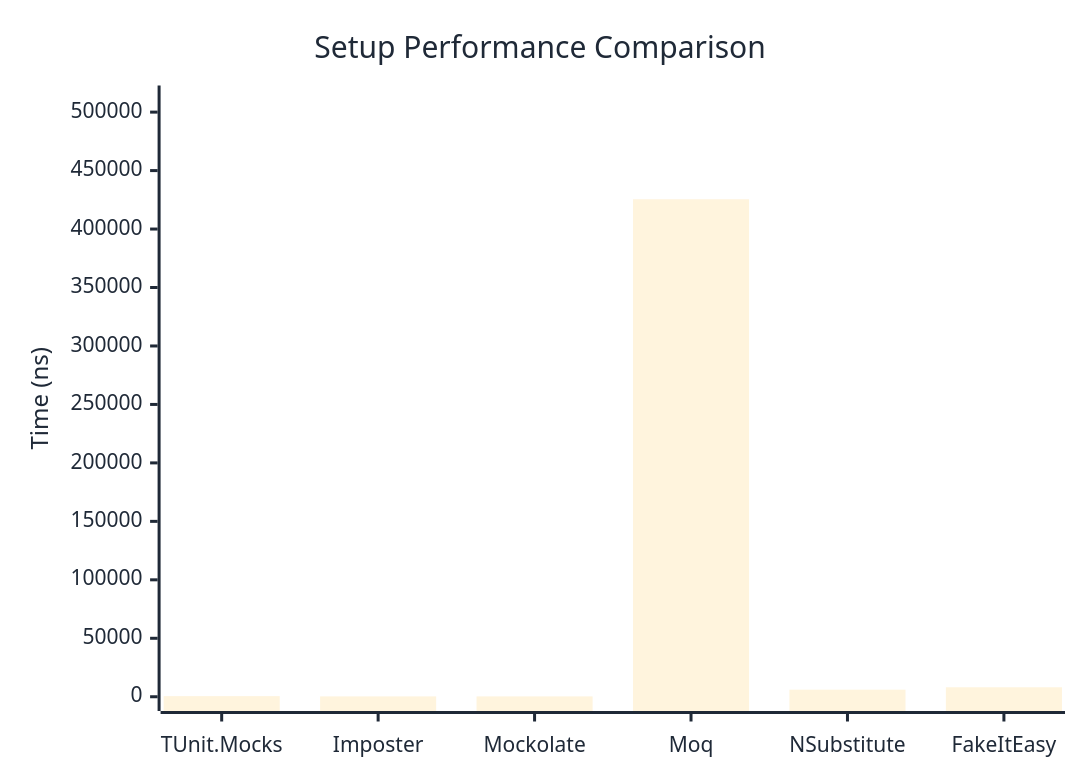
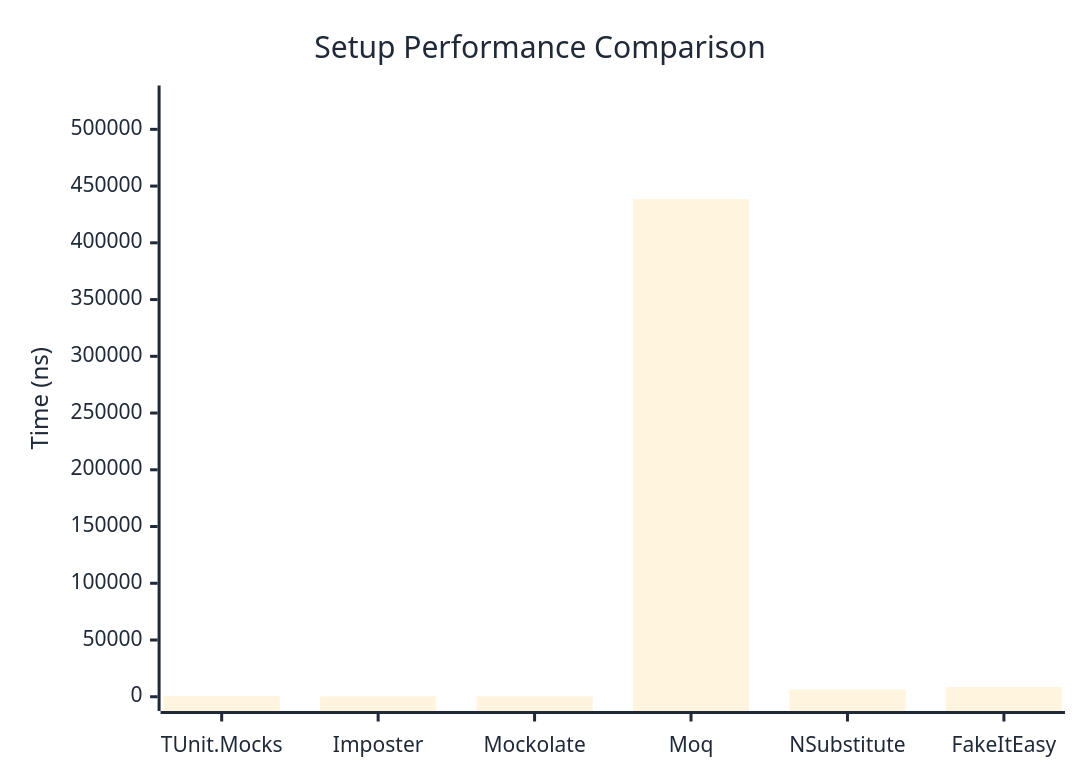
Before and after one commit to thomhurst/TUnit: the first of 2 diagrams in docs/docs/benchmarks/mocks/Setup.md, drawn with Mermaid. The commit also changed other lines of this file and 14 other files, not shown here.

````diff
--- a/docs/docs/benchmarks/mocks/Setup.md
+++ b/docs/docs/benchmarks/mocks/Setup.md
@@ -30,27 +30,27 @@
 ```mermaid
 %%{init: {
   'theme':'base',
   'themeVariables': {
     'primaryColor': '#2563eb',
     'primaryTextColor': '#1f2937',
     'primaryBorderColor': '#1e40af',
     'lineColor': '#6b7280',
     'secondaryColor': '#7c3aed',
     'tertiaryColor': '#dc2626',
     'background': '#ffffff',
     'pie1': '#2563eb',
     'pie2': '#7c3aed',
     'pie3': '#dc2626',
     'pie4': '#f59e0b',
     'pie5': '#10b981',
     'pie6': '#06b6d4',
     'pie7': '#ec4899',
     'pie8': '#6366f1'
   }
 }}%%
 xychart-beta
   title "Setup Performance Comparison"
   x-axis ["TUnit.Mocks", "Imposter", "Mockolate", "Moq", "NSubstitute", "FakeItEasy"]
-  y-axis "Time (ns)" 0 --> 510581
-  bar [533.3, 315.1, 298, 425483.6, 6054.4, 8110]
+  y-axis "Time (ns)" 0 --> 526077
+  bar [570.2, 352.2, 334.7, 438397.4, 6340.8, 8440.8]
 ```
````
